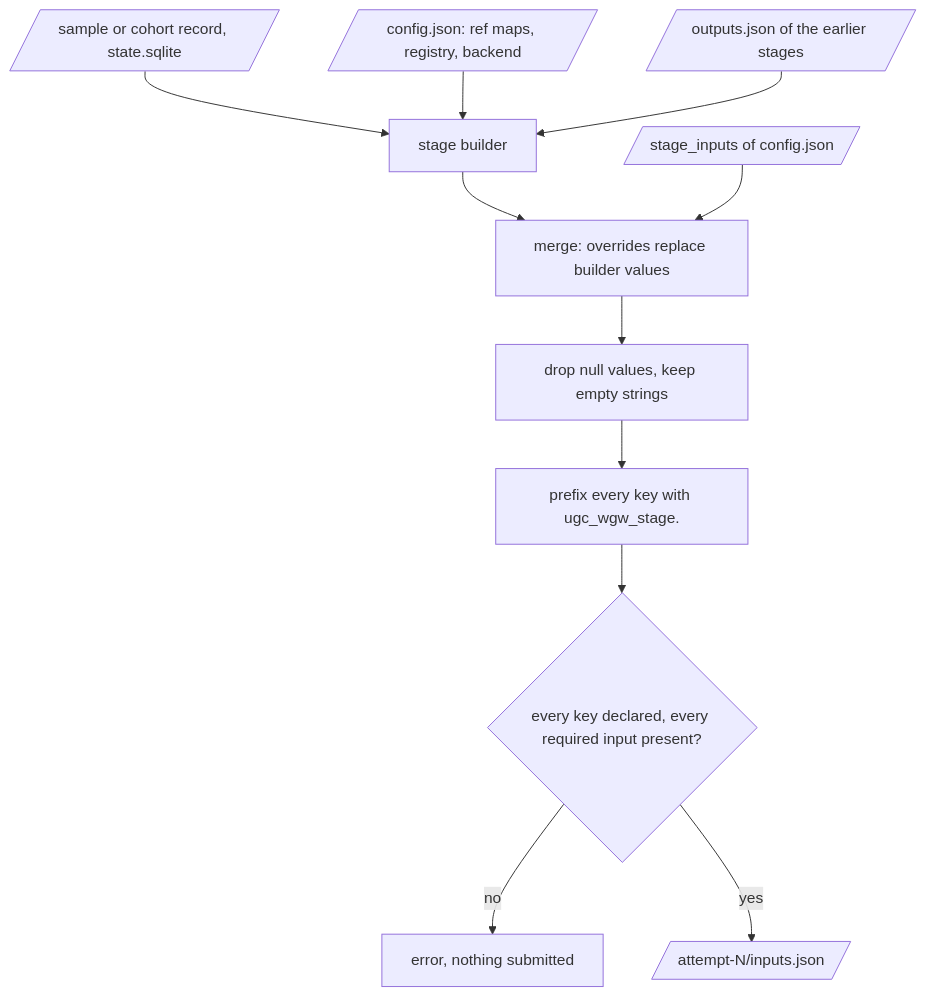
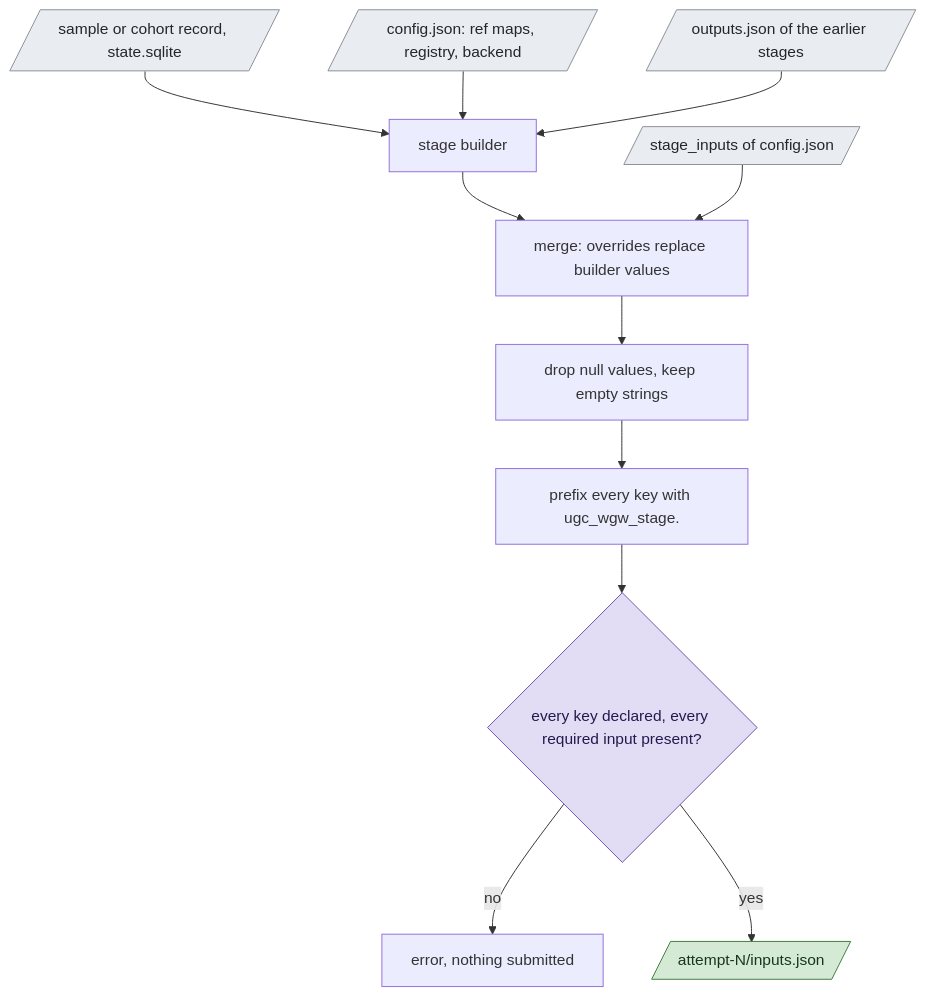
The first of 2 diagrams in docs/guide/05-project-setup.md (UppsalaGenomeCenter/ugc-wgw), drawn with Mermaid before and after one commit. The commit also changed other lines of this file and 52 other files, not shown here.

````diff
--- a/docs/guide/05-project-setup.md
+++ b/docs/guide/05-project-setup.md
@@ -198,13 +198,16 @@
 ```mermaid
 flowchart TD
-  sample[/"sample or cohort record, state.sqlite"/] --> b["stage builder"]
-  cfg[/"config.json: ref maps, registry, backend"/] --> b
-  prior[/"outputs.json of the earlier stages"/] --> b
+  sample[/"sample or cohort record, state.sqlite"/]:::data --> b["stage builder"]
+  cfg[/"config.json: ref maps, registry, backend"/]:::data --> b
+  prior[/"outputs.json of the earlier stages"/]:::data --> b
   b --> merge["merge: overrides replace builder values"]
-  ov[/"stage_inputs of config.json"/] --> merge
+  ov[/"stage_inputs of config.json"/]:::data --> merge
   merge --> drop["drop null values, keep empty strings"]
   drop --> ns["prefix every key with ugc_wgw_stage."]
-  ns --> chk{"every key declared, every required input present?"}
+  ns --> chk{"every key declared, every required input present?"}:::decision
   chk -->|"no"| err["error, nothing submitted"]
-  chk -->|"yes"| file[/"attempt-N/inputs.json"/]
+  chk -->|"yes"| file[/"attempt-N/inputs.json"/]:::result
+  classDef data fill:#e9edf1,stroke:#8a8f95,color:#22272e
+  classDef result fill:#d5ead4,stroke:#3f7d3c,color:#17361a
+  classDef decision fill:#e3dcf5,stroke:#6b56b0,color:#241a4d
 ```
````
